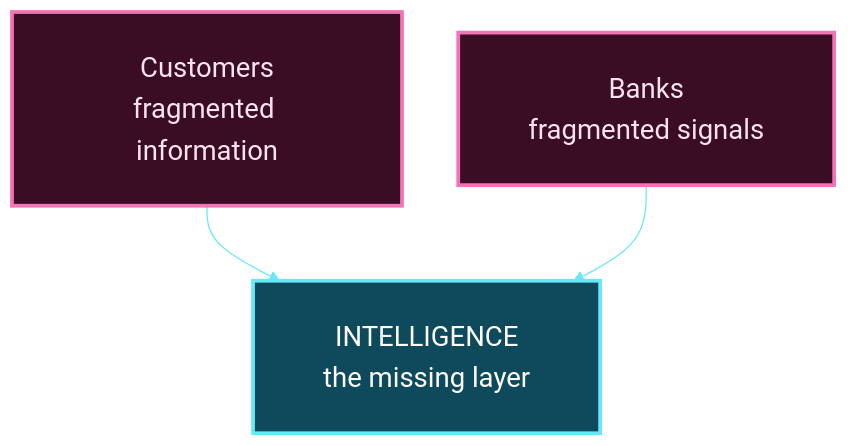
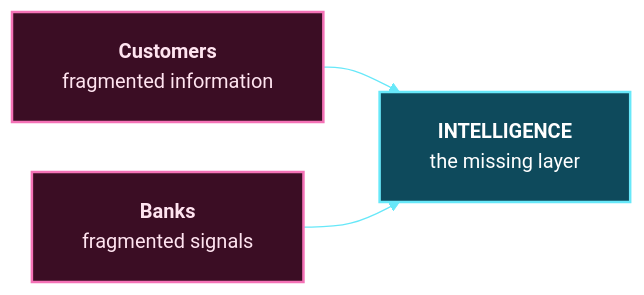
One commit to Mansi232323/MANSHORA changed the third of 13 diagrams in README.md. Above: the diagram before and after it, drawn with Mermaid. The commit also changed other lines of this file, not shown here.

````diff
--- a/README.md
+++ b/README.md
@@ -152,13 +131,11 @@
 ```mermaid
-%%{init: {'theme':'base','themeVariables':{'fontSize':'22px','fontFamily':'Arial, Helvetica, sans-serif','lineColor':'#67e8f9','clusterBkg':'#0f0f2b','clusterBorder':'#a78bfa','titleColor':'#e9d5ff','edgeLabelBackground':'#0f0f2b'},'flowchart':{'nodeSpacing':45,'rankSpacing':60,'padding':28,'htmlLabels':false,'useMaxWidth':true}}}%%
-flowchart TB
-    C["Customers<br/>fragmented information"]
-    B["Banks<br/>fragmented signals"]
-    M["INTELLIGENCE<br/>the missing layer"]
-    C --> M
-    B --> M
-    classDef problem fill:#3b0d24,stroke:#f472b6,stroke-width:3px,color:#ffe4f0
-    classDef answer fill:#0e4a5c,stroke:#67e8f9,stroke-width:3px,color:#ffffff
+%%{init: {'theme':'base','themeVariables':{'fontSize':'16px','fontFamily':'Arial, Helvetica, sans-serif','lineColor':'#67e8f9'},'flowchart':{'htmlLabels':true,'nodeSpacing':40,'rankSpacing':45,'padding':20,'wrappingWidth':260}}}%%
+flowchart LR
+    C["<b>Customers</b><br/>fragmented information"] --> M
+    B["<b>Banks</b><br/>fragmented signals"] --> M
+    M["<b>INTELLIGENCE</b><br/>the missing layer"]
+    classDef problem fill:#3b0d24,stroke:#f472b6,stroke-width:2px,color:#ffe4f0
+    classDef answer fill:#0e4a5c,stroke:#67e8f9,stroke-width:2px,color:#ffffff
     class C,B problem
     class M answer
 ```
````
